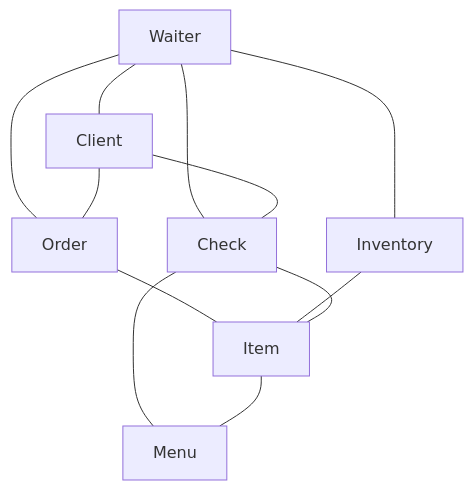
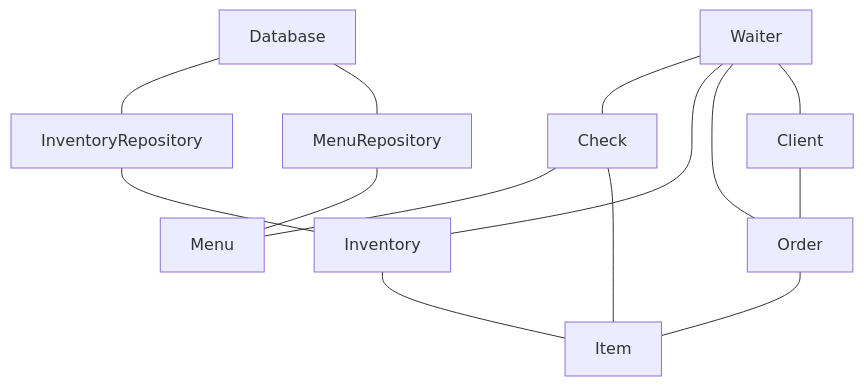
The diagram in docs/diagrams/graph.mmd (pawelofficial/dbagent), drawn with Mermaid before and after one commit. The commit also changed 4 other files, not shown here.

```diff
--- a/docs/diagrams/graph.mmd
+++ b/docs/diagrams/graph.mmd
@@ -1,12 +1,14 @@
 graph TD
+    Database --- MenuRepository
+    Database --- InventoryRepository
+    MenuRepository --- Menu
+    InventoryRepository --- Inventory
     Waiter --- Client
     Waiter --- Order
     Waiter --- Inventory
     Waiter --- Check
     Client --- Order
-    Client --- Check
     Order --- Item
     Inventory --- Item
     Check --- Item
     Check --- Menu
-    Item --- Menu
```
